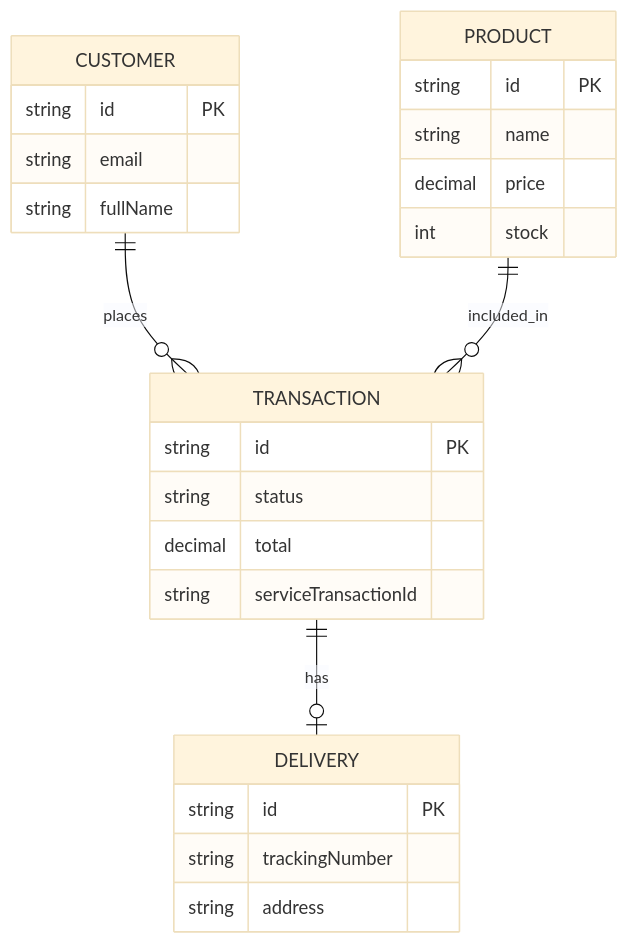
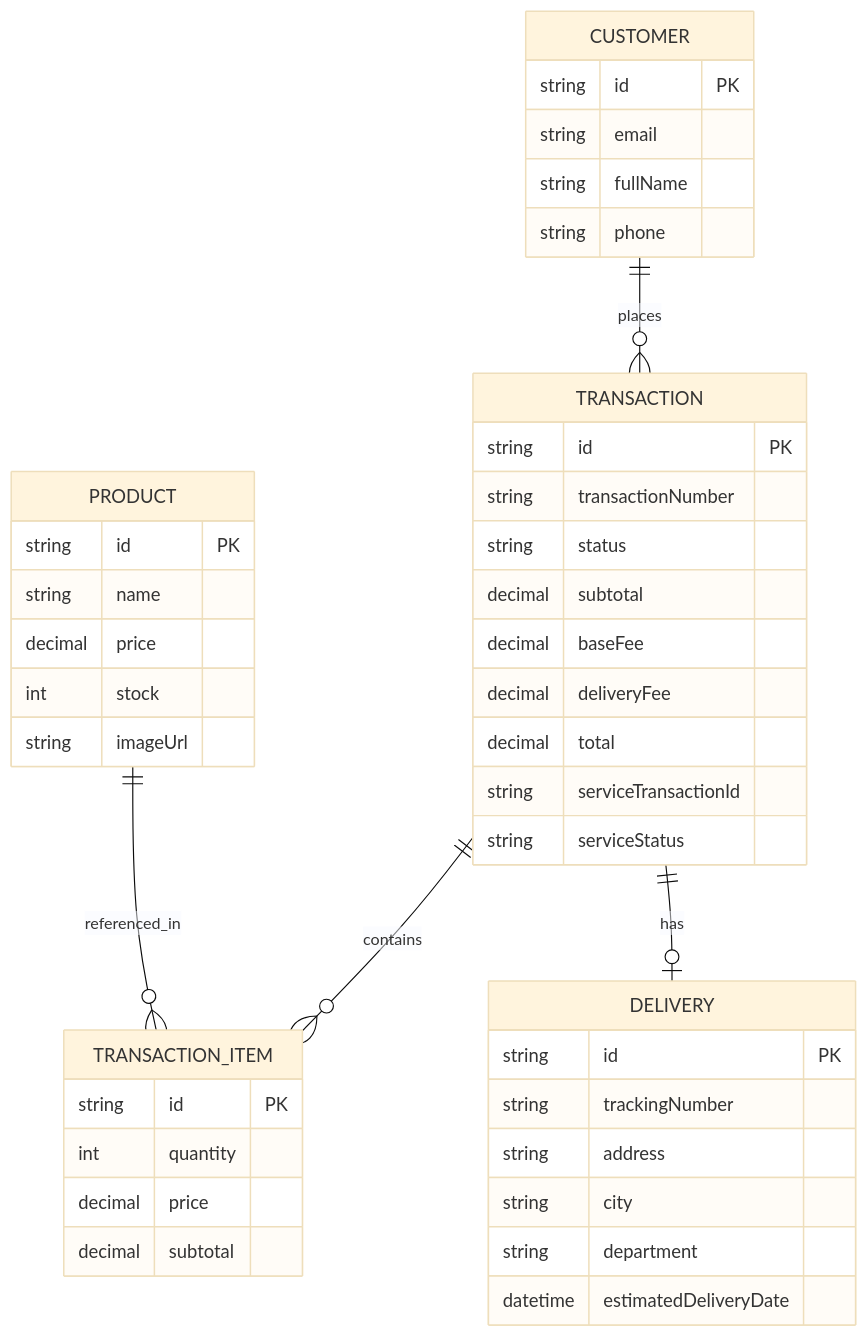
The second of 2 diagrams in README.md (duvanCode/payment-checkout-system-back), drawn with Mermaid (base theme) before and after one commit. The commit also changed other lines of this file, not shown here.

````diff
--- a/README.md
+++ b/README.md
@@ -69,29 +69,46 @@
 ```mermaid
 erDiagram
     CUSTOMER ||--o{ TRANSACTION : places
-    PRODUCT ||--o{ TRANSACTION : included_in
+    TRANSACTION ||--o{ TRANSACTION_ITEM : contains
+    PRODUCT ||--o{ TRANSACTION_ITEM : referenced_in
     TRANSACTION ||--o| DELIVERY : has
     
     PRODUCT {
         string id PK
         string name
         decimal price
         int stock
+        string imageUrl
     }
     CUSTOMER {
         string id PK
         string email
         string fullName
+        string phone
     }
     TRANSACTION {
         string id PK
+        string transactionNumber
         string status
+        decimal subtotal
+        decimal baseFee
+        decimal deliveryFee
         decimal total
         string serviceTransactionId
+        string serviceStatus
+    }
+    TRANSACTION_ITEM {
+        string id PK
+        int quantity
+        decimal price
+        decimal subtotal
     }
     DELIVERY {
         string id PK
         string trackingNumber
         string address
+        string city
+        string department
+        datetime estimatedDeliveryDate
     }
 ```
````
